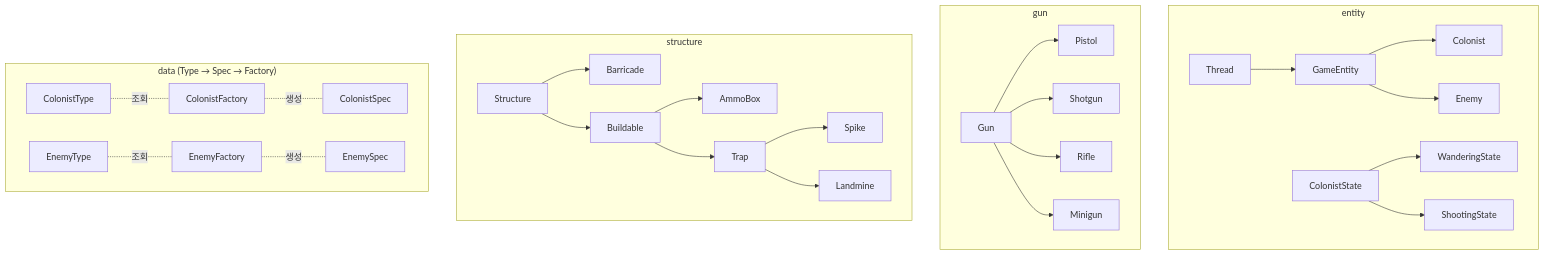
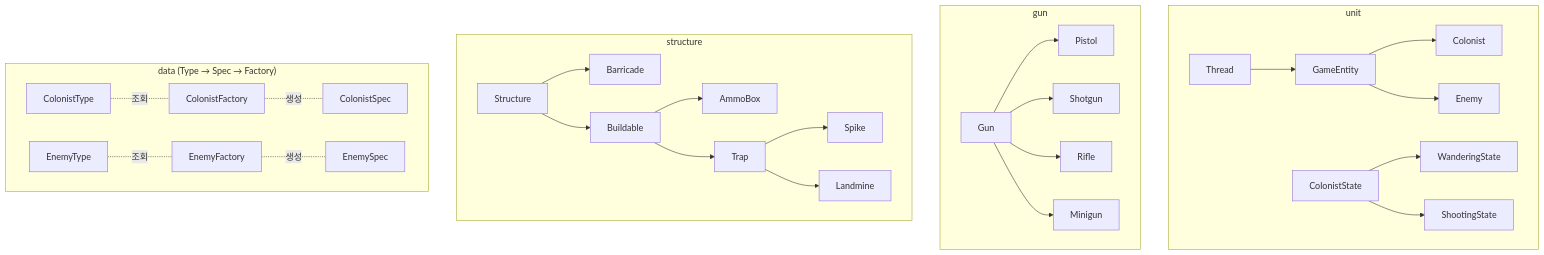
The first of 12 diagrams in week6/CLAUDE.md (weweweme/teamnova_basic_class), drawn with Mermaid before and after one commit. The commit also changed other lines of this file and 30 other files, not shown here.

Commit message:
refactor: entity → unit 패키지 이름 변경, CLAUDE.md 최신화

````diff
--- a/week6/CLAUDE.md
+++ b/week6/CLAUDE.md
@@ -112,30 +114,30 @@
 ```mermaid
 graph TD
-    subgraph "entity"
+    subgraph "unit"
         T[Thread] --> GE[GameEntity]
         GE --> CO[Colonist]
         GE --> EN[Enemy]
         CS[ColonistState] --> WS[WanderingState]
         CS --> SS[ShootingState]
     end
     subgraph "gun"
         GU[Gun] --> PI[Pistol]
         GU --> SG[Shotgun]
         GU --> RI[Rifle]
         GU --> MG[Minigun]
     end
     subgraph "structure"
         ST[Structure] --> BA[Barricade]
         ST --> BU[Buildable]
         BU --> AB[AmmoBox]
         BU --> TR[Trap]
         TR --> SP[Spike]
         TR --> LM[Landmine]
     end
     subgraph "data (Type → Spec → Factory)"
         CT[ColonistType] -.-|조회| CF[ColonistFactory]
         CF -.-|생성| CSP[ColonistSpec]
         ET[EnemyType] -.-|조회| EF[EnemyFactory]
         EF -.-|생성| ESP[EnemySpec]
     end
 ```
````
